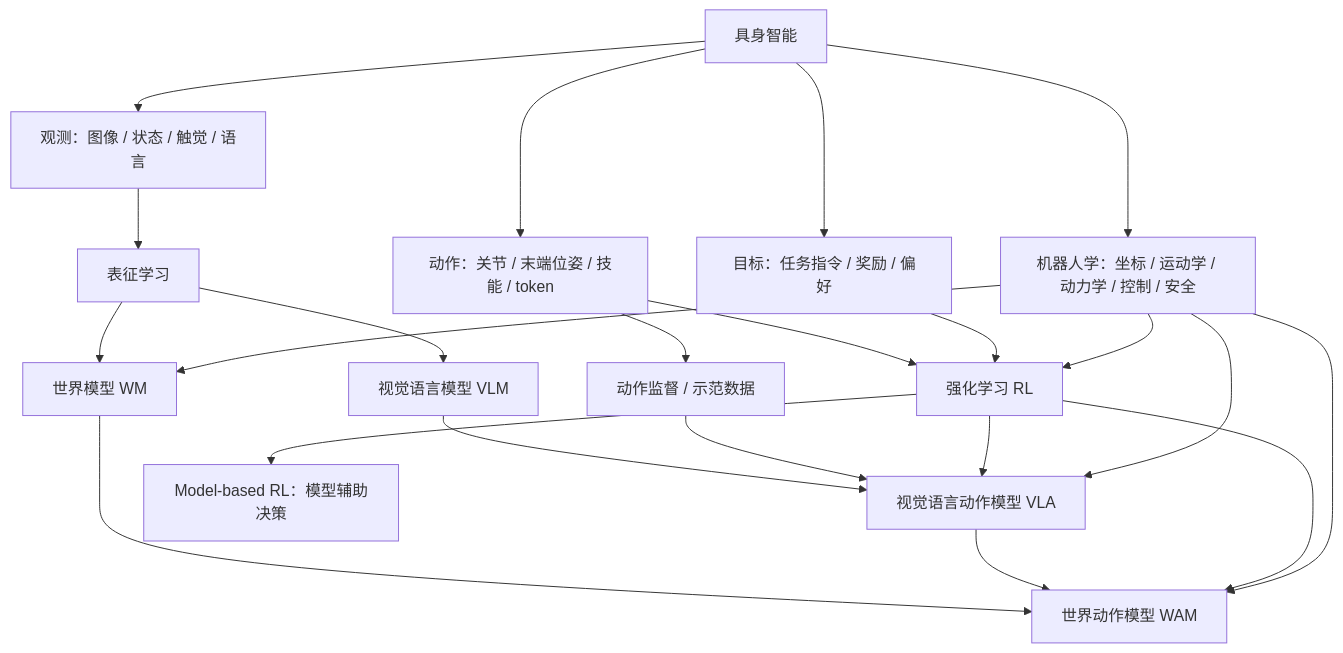
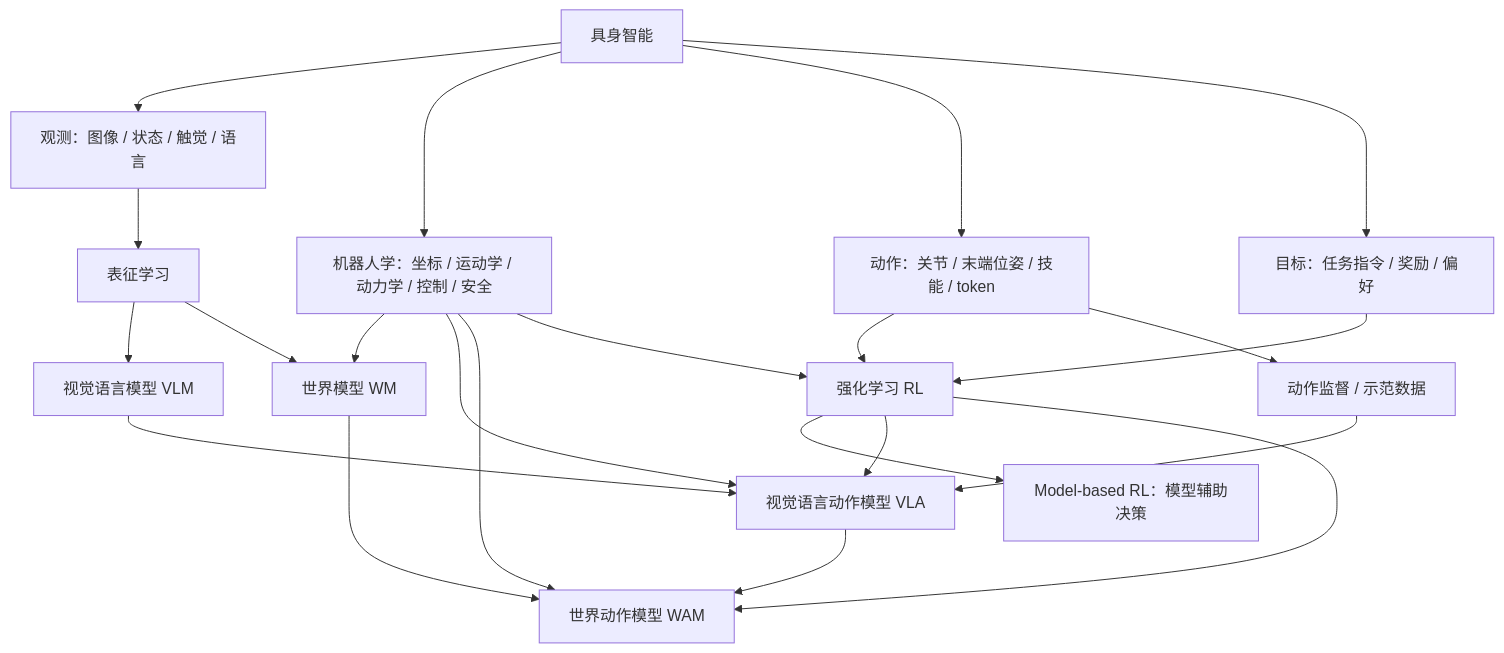
Before and after one commit to Faraday-2024/Embodied-AI-Start: the second of 8 diagrams in docs/knowledge-map.md, drawn with Mermaid. The commit also changed other lines of this file, not shown here.

````diff
--- a/docs/knowledge-map.md
+++ b/docs/knowledge-map.md
@@ -27,28 +27,28 @@
 ```mermaid
 flowchart TD
     ROOT["具身智能"] --> OBS["观测：图像 / 状态 / 触觉 / 语言"]
     ROOT --> ROB["机器人学：坐标 / 运动学 / 动力学 / 控制 / 安全"]
     ROOT --> ACT["动作：关节 / 末端位姿 / 技能 / token"]
     ROOT --> OBJ["目标：任务指令 / 奖励 / 偏好"]
 
     OBS --> REP["表征学习"]
     REP --> VLM["视觉语言模型 VLM"]
     REP --> WM["世界模型 WM"]
 
     VLM --> VLA["视觉语言动作模型 VLA"]
     WM --> WAM["世界动作模型 WAM"]
     VLA --> WAM
 
+    OBJ --> RL
     ACT --> RL["强化学习 RL"]
     ACT --> SUP["动作监督 / 示范数据"]
-    OBJ --> RL
     RL --> MBRL["Model-based RL：模型辅助决策"]
 
     SUP --> VLA
     RL --> VLA
     RL --> WAM
     ROB --> WM
     ROB --> VLA
     ROB --> WAM
     ROB --> RL
 ```
````
